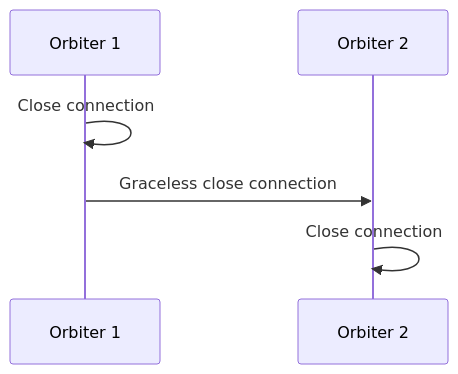
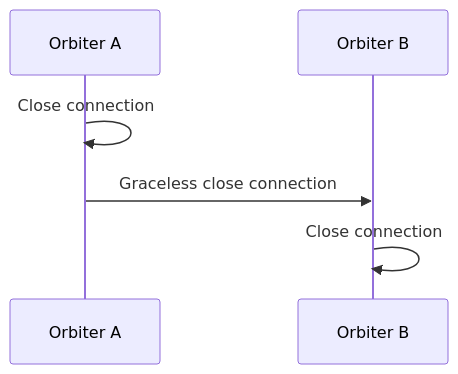
One commit to orbitalis-framework/py-orbitalis changed the ninth of 17 diagrams in README.md. Above: the diagram before and after it, drawn with Mermaid. The commit also changed other lines of this file, not shown here.

````diff
--- a/README.md
+++ b/README.md
@@ -419,6 +419,6 @@
 ```mermaid
 sequenceDiagram
-    Orbiter 1->>Orbiter 1: Close connection
-    Orbiter 1->>Orbiter 2: Graceless close connection
-    Orbiter 2->>Orbiter 2: Close connection
+    Orbiter A->>Orbiter A: Close connection
+    Orbiter A->>Orbiter B: Graceless close connection
+    Orbiter B->>Orbiter B: Close connection
 ```
````
